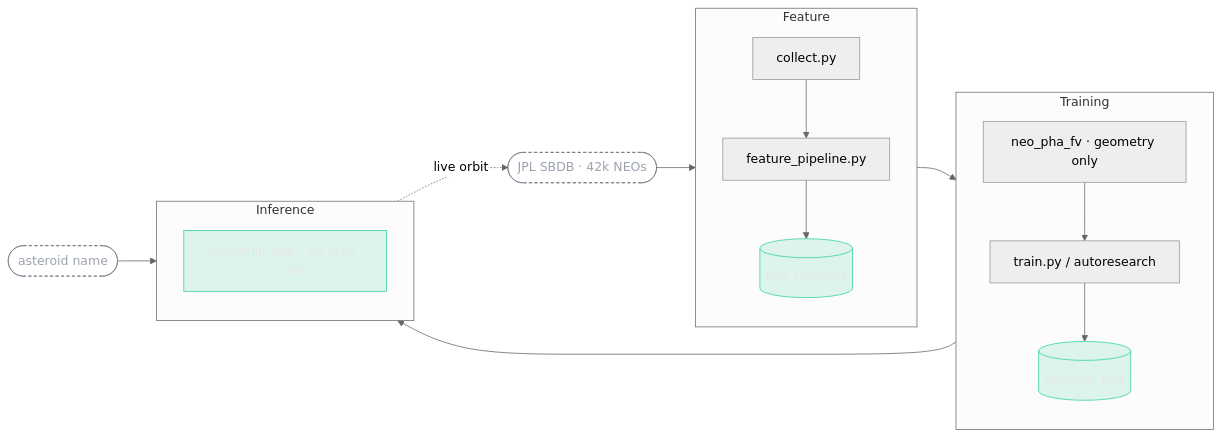
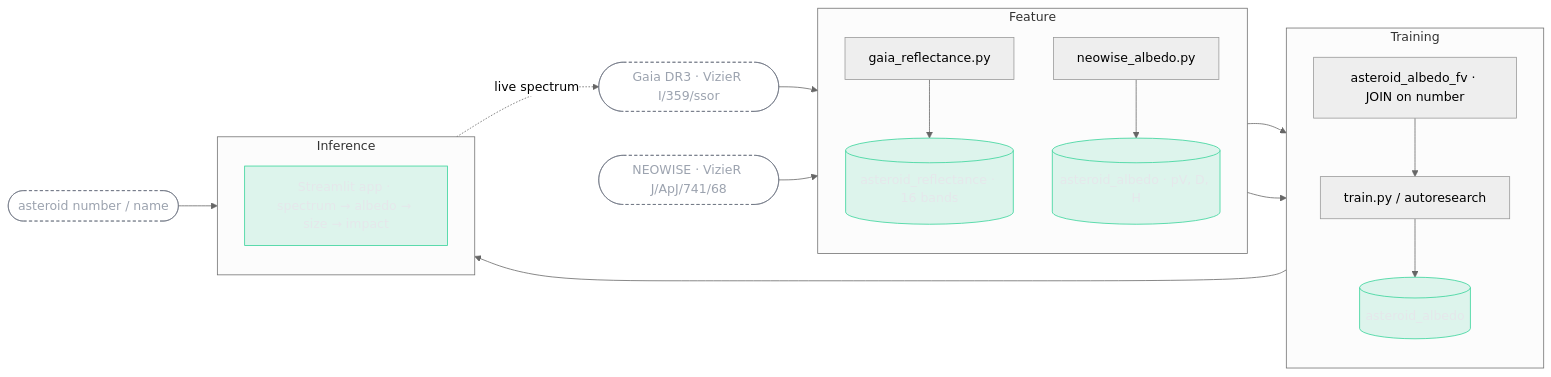
Before and after one commit to MagicLex/asteroid-hazard: the diagram in README.md, drawn with Mermaid (neutral theme). The commit also changed other lines of this file and 12 other files, not shown here.

First line of the commit message:
readme + repo: rewrite around Gaia spectrum -> albedo -> impact

````diff
--- a/README.md
+++ b/README.md
@@ -34,23 +55,27 @@
 ```mermaid
 flowchart LR
-    jpl([JPL SBDB · 42k NEOs]):::ext
+    gaia([Gaia DR3 · VizieR I/359/ssor]):::ext
+    wise([NEOWISE · VizieR J/ApJ/741/68]):::ext
     subgraph FE[Feature]
         direction TB
-        collect[collect.py] --> fp[feature_pipeline.py] --> fg[(neo_features)]:::hops
+        gp[gaia_reflectance.py] --> fgr[(asteroid_reflectance · 16 bands)]:::hops
+        np[neowise_albedo.py] --> fga[(asteroid_albedo · pV, D, H)]:::hops
     end
     subgraph TR[Training]
         direction TB
-        fv[neo_pha_fv · geometry only] --> train[train.py / autoresearch] --> reg[(asteroid_pha)]:::hops
+        fv[asteroid_albedo_fv · JOIN on number] --> train[train.py / autoresearch] --> reg[(asteroid_albedo)]:::hops
     end
     subgraph INF[Inference]
         direction TB
-        app[Streamlit app · 3D orbit + score]:::hops
+        app[Streamlit app · spectrum → albedo → size → impact]:::hops
     end
-    jpl --> collect
-    fg --> fv
+    gaia --> gp
+    wise --> np
+    fgr --> fv
+    fga --> fv
     reg --> app
-    user([asteroid name]):::ext --> app
-    app -. live orbit .-> jpl
+    user([asteroid number / name]):::ext --> app
+    app -. live spectrum .-> gaia
     classDef hops fill:#10b98122,stroke:#34d399,color:#e5e7eb;
     classDef ext fill:none,stroke:#6b7280,color:#9ca3af,stroke-dasharray:4 3;
 ```
````
